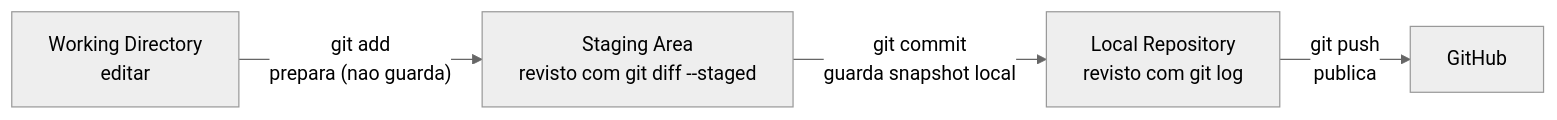
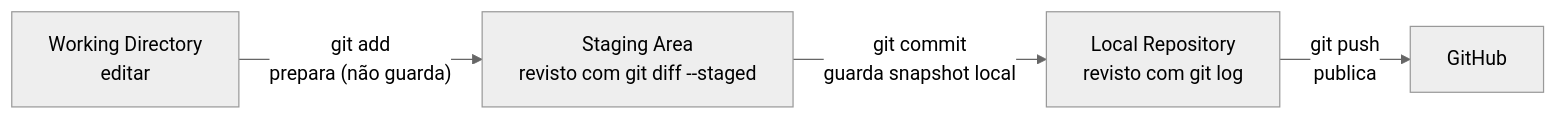
One commit to BerniloBernardo-boot/Git-e-GitHub changed the second of 2 diagrams in 03-Comandos-Essenciais/01-init-clone-status-add-commit.md. Above: the diagram before and after it, drawn with Mermaid (neutral theme). The commit also changed other lines of this file and 13 other files, not shown here.

Commit message:
docs: traduz elementos explicativos dos diagramas para PT-PT

````diff
--- a/03-Comandos-Essenciais/01-init-clone-status-add-commit.md
+++ b/03-Comandos-Essenciais/01-init-clone-status-add-commit.md
@@ -231,6 +231,6 @@
 ```mermaid
 flowchart LR
-    W["Working Directory<br/>editar"] -->|"git add<br/>prepara (nao guarda)"| S["Staging Area<br/>revisto com git diff --staged"]
+    W["Working Directory<br/>editar"] -->|"git add<br/>prepara (não guarda)"| S["Staging Area<br/>revisto com git diff --staged"]
     S -->|"git commit<br/>guarda snapshot local"| R["Local Repository<br/>revisto com git log"]
     R -->|"git push<br/>publica"| GH["GitHub"]
 ```
````
